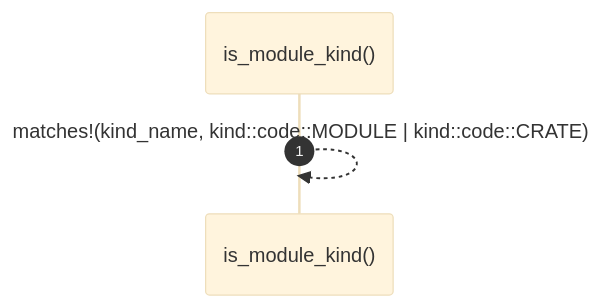
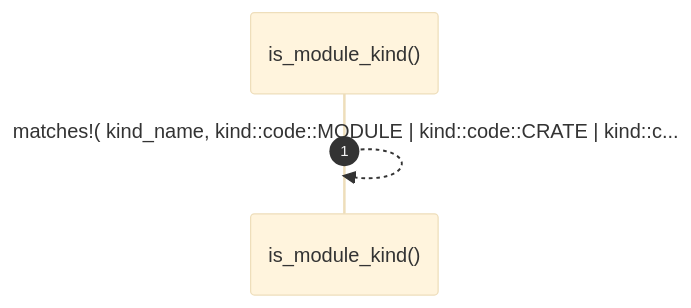
One commit to RyanGuild/self-describing-code changed the diagram in docs/self-model/robby_render/tree/is-module-kind.md. Above: the diagram before and after it, drawn with Mermaid (base theme). The commit also changed other lines of this file and 1404 other files, not shown here.

````diff
--- a/docs/self-model/robby_render/tree/is-module-kind.md
+++ b/docs/self-model/robby_render/tree/is-module-kind.md
@@ -18,6 +21,6 @@
 ```mermaid
 sequenceDiagram
     autonumber
     participant is_module_kind as is_module_kind()
-    is_module_kind-->>is_module_kind: matches!(kind_name, kind::code::MODULE | kind::code::CRATE)
+    is_module_kind-->>is_module_kind: matches!( kind_name, kind::code::MODULE | kind::code::CRATE | kind::c...
 ```
````
